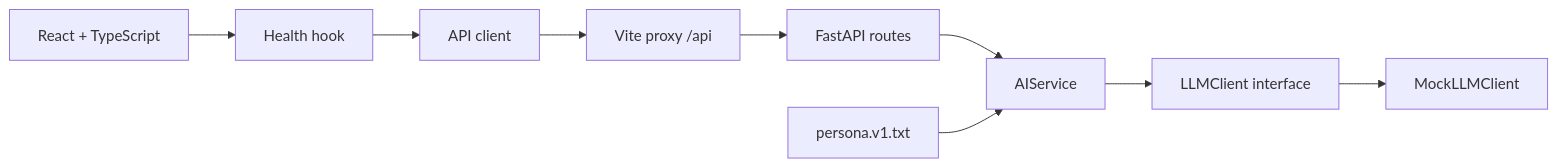
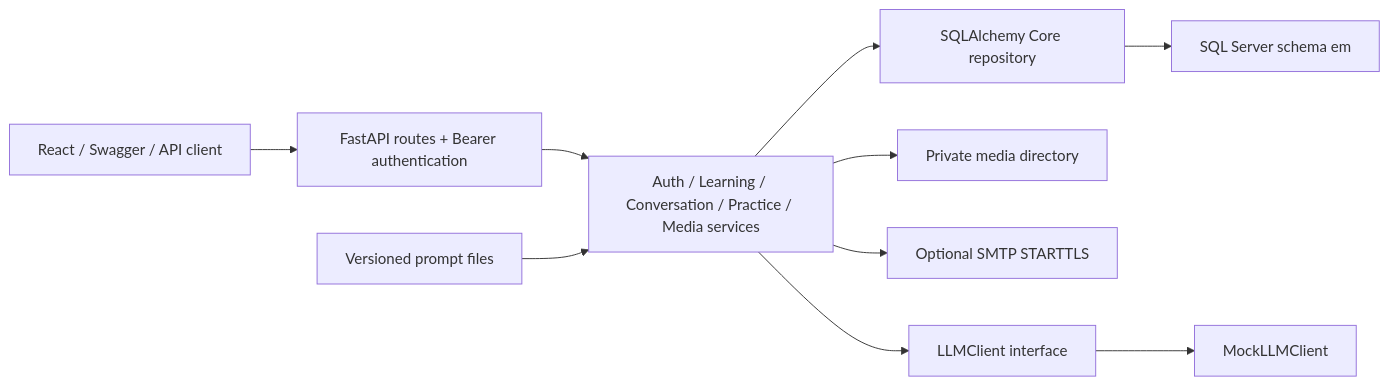
The diagram in docs/ARCHITECTURE.md (VoMinhHoang1610/engmate-ai), drawn with Mermaid before and after one commit. The commit also changed other lines of this file and 36 other files, not shown here.

Commit message:
feat: hoan thien backend va API hoc tap voi SQL Server

````diff
--- a/docs/ARCHITECTURE.md
+++ b/docs/ARCHITECTURE.md
@@ -5,11 +5,12 @@
 ```mermaid
 flowchart LR
-  UI[React + TypeScript] --> Hook[Health hook]
-  Hook --> HTTP[API client]
-  HTTP --> Proxy[Vite proxy /api]
-  Proxy --> API[FastAPI routes]
-  API --> Service[AIService]
+  UI[React / Swagger / API client] --> API[FastAPI routes + Bearer authentication]
+  API --> Service[Auth / Learning / Conversation / Practice / Media services]
+  Service --> Repo[SQLAlchemy Core repository]
+  Repo --> DB[SQL Server schema em]
+  Service --> Files[Private media directory]
+  Service --> Mail[Optional SMTP STARTTLS]
   Service --> Port[LLMClient interface]
   Port --> Mock[MockLLMClient]
-  Prompt[persona.v1.txt] --> Service
+  Prompt[Versioned prompt files] --> Service
 ```
````
